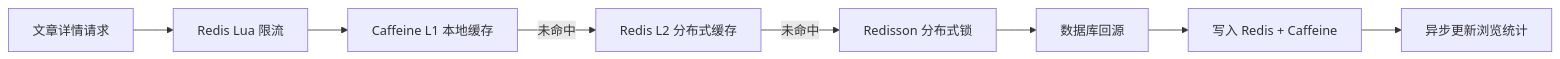
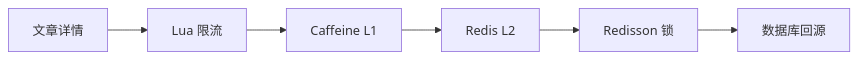
The second of 2 diagrams in blog-springboot/README.md (w-p-lover/w-p_blog), drawn with Mermaid before and after one commit. The commit also changed other lines of this file and 1 other file, not shown here.

````diff
--- a/blog-springboot/README.md
+++ b/blog-springboot/README.md
@@ -49,10 +36,8 @@
 ```mermaid
 flowchart LR
-    A["文章详情请求"] --> B["Redis Lua 限流"]
-    B --> C["Caffeine L1 本地缓存"]
-    C -->|未命中| D["Redis L2 分布式缓存"]
-    D -->|未命中| E["Redisson 分布式锁"]
+    A["文章详情"] --> B["Lua 限流"]
+    B --> C["Caffeine L1"]
+    C --> D["Redis L2"]
+    D --> E["Redisson 锁"]
     E --> F["数据库回源"]
-    F --> G["写入 Redis + Caffeine"]
-    G --> H["异步更新浏览统计"]
 ```
````
